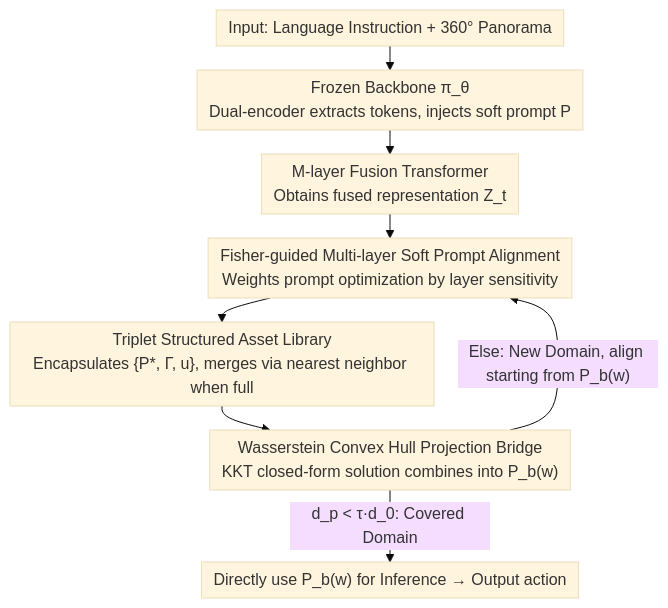
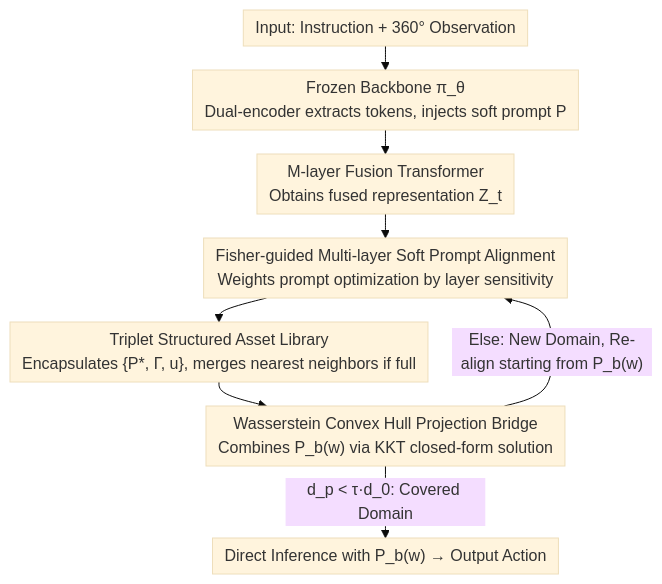
The diagram in docs/ICML2026/robotics/turning_adaptation_into_assets_cross-domain_bridging_for_online_vision-language_.md (zhaoyang97/Paper-Notes-en), drawn with Mermaid (base theme) before and after one commit. The commit also changed other lines of this file and 5084 other files, not shown here.

````diff
--- a/docs/ICML2026/robotics/turning_adaptation_into_assets_cross-domain_bridging_for_online_vision-language_.md
+++ b/docs/ICML2026/robotics/turning_adaptation_into_assets_cross-domain_bridging_for_online_vision-language_.md
@@ -44,11 +44,11 @@
 ```mermaid
 %%{init: {'flowchart': {'rankSpacing': 24, 'nodeSpacing': 28, 'padding': 6, 'wrappingWidth': 400}}}%%
 flowchart TD
-    A["Input: Language Instruction + 360° Panorama"] --> B["Frozen Backbone π_θ<br/>Dual-encoder extracts tokens, injects soft prompt P"]
+    A["Input: Instruction + 360° Observation"] --> B["Frozen Backbone π_θ<br/>Dual-encoder extracts tokens, injects soft prompt P"]
     B --> C["M-layer Fusion Transformer<br/>Obtains fused representation Z_t"]
     C --> D["Fisher-guided Multi-layer Soft Prompt Alignment<br/>Weights prompt optimization by layer sensitivity"]
-    D --> E["Triplet Structured Asset Library<br/>Encapsulates {P*, Γ, u}, merges via nearest neighbor when full"]
-    E --> F["Wasserstein Convex Hull Projection Bridge<br/>KKT closed-form solution combines into P_b(w)"]
-    F -->|"d_p < τ·d_0: Covered Domain"| G["Directly use P_b(w) for Inference → Output action"]
-    F -->|"Else: New Domain, align starting from P_b(w)"| D
+    D --> E["Triplet Structured Asset Library<br/>Encapsulates {P*, Γ, u}, merges nearest neighbors if full"]
+    E --> F["Wasserstein Convex Hull Projection Bridge<br/>Combines P_b(w) via KKT closed-form solution"]
+    F -->|"d_p < τ·d_0: Covered Domain"| G["Direct Inference with P_b(w) → Output Action"]
+    F -->|"Else: New Domain, Re-align starting from P_b(w)"| D
 ```
````
